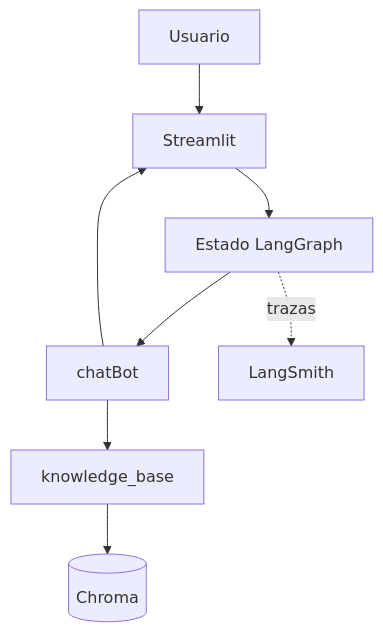
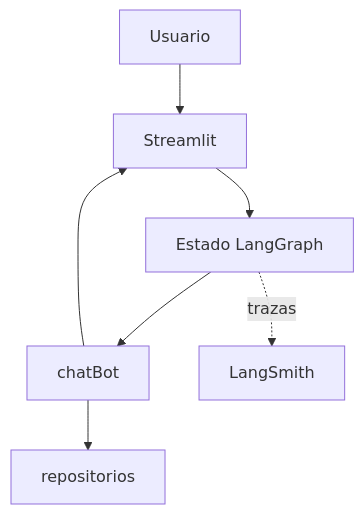
The diagram in README.md (leonardog87/CODER-102110-AI-Engineering-GOMEZ), drawn with Mermaid before and after one commit. The commit also changed other lines of this file and 63 other files, not shown here.

````diff
--- a/README.md
+++ b/README.md
@@ -12,10 +12,9 @@
 ```mermaid
 flowchart TD
     U[Usuario] --> UI[Streamlit]
     UI --> S[Estado LangGraph]
     S --> B[chatBot]
-    B --> KG[knowledge_base]
+    B --> R[repositorios]
     B --> UI
     S -. trazas .-> LS[LangSmith]
-    KG --> C1[(Chroma)]
 ```
````
